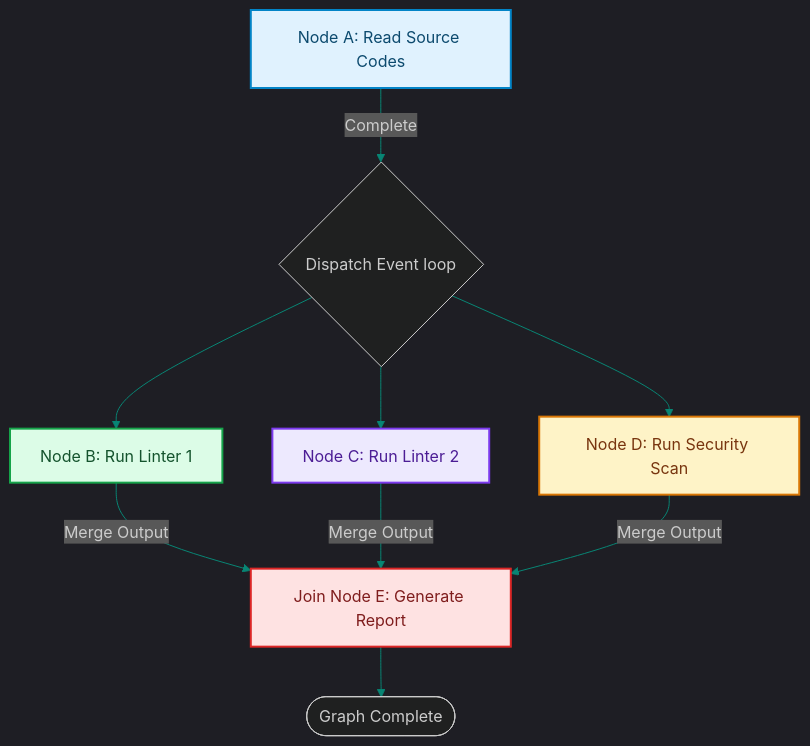
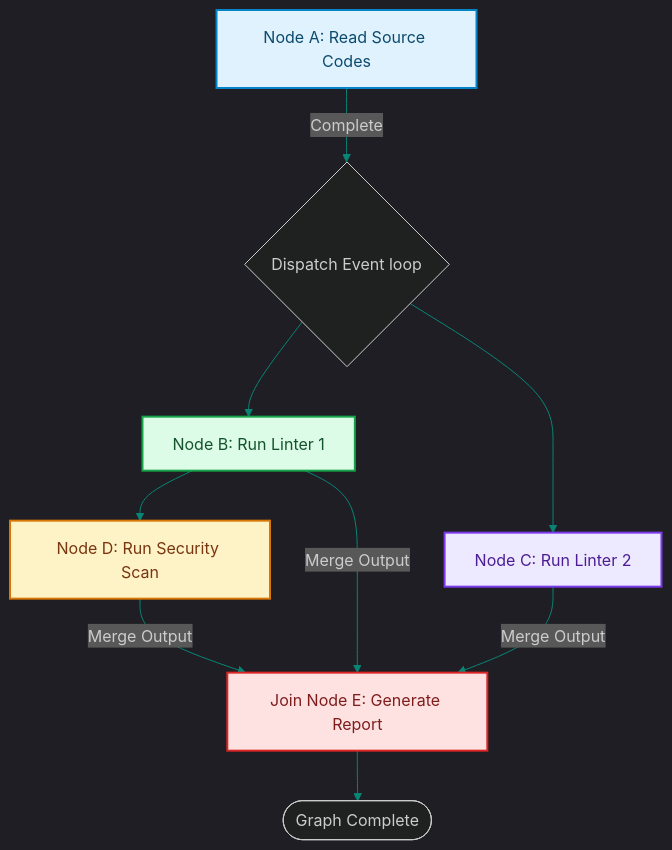
The diagram in blog/posts/orchestration-concurrent-graph-execution-asyncio.md (akmalkhaniub/akmalkhaniub.github.io), drawn with Mermaid before and after one commit. The commit also changed other lines of this file and 894 other files, not shown here.

Commit message:
feat(blog): upgrade all 444 posts with unique staggered dates, 2-col Mermaid spines, benchmark tables, code blocks, and trade-offs

````diff
--- a/blog/posts/orchestration-concurrent-graph-execution-asyncio.md
+++ b/blog/posts/orchestration-concurrent-graph-execution-asyncio.md
@@ -16,26 +16,26 @@
 ```mermaid
 %%{init: {'theme': 'dark', 'themeVariables': { 'primaryColor': '#088574', 'primaryTextColor': '#f3f4f6', 'primaryBorderColor': '#0db49b', 'lineColor': '#088574', 'secondaryColor': '#111827', 'tertiaryColor': '#0b0f19'}}}%%
 flowchart TD
     NodeA["Node A: Read Source Codes"] -->|Complete| Dispatch{Dispatch Event loop}
     
     Dispatch --> NodeB["Node B: Run Linter 1"]
     Dispatch --> NodeC["Node C: Run Linter 2"]
-    Dispatch --> NodeD["Node D: Run Security Scan"]
+    NodeB --> NodeD["Node D: Run Security Scan"]
     
     NodeB -->|Merge Output| Join["Join Node E: Generate Report"]
     NodeC -->|Merge Output| Join
     NodeD -->|Merge Output| Join
     
     Join --> Complete([Graph Complete])
 
 classDef green fill:#dcfce7,stroke:#16a34a,stroke-width:2px,color:#14532d;
 classDef red fill:#fee2e2,stroke:#dc2626,stroke-width:2px,color:#7f1d1d;
 classDef blue fill:#e0f2fe,stroke:#0284c7,stroke-width:2px,color:#0c4a6e;
 classDef yellow fill:#fef3c7,stroke:#d97706,stroke-width:2px,color:#78350f;
 classDef purple fill:#ede9fe,stroke:#7c3aed,stroke-width:2px,color:#4c1d95;
 class NodeA blue
 class NodeB green
 class NodeC purple
 class NodeD yellow
 class Join red
 ```
````
